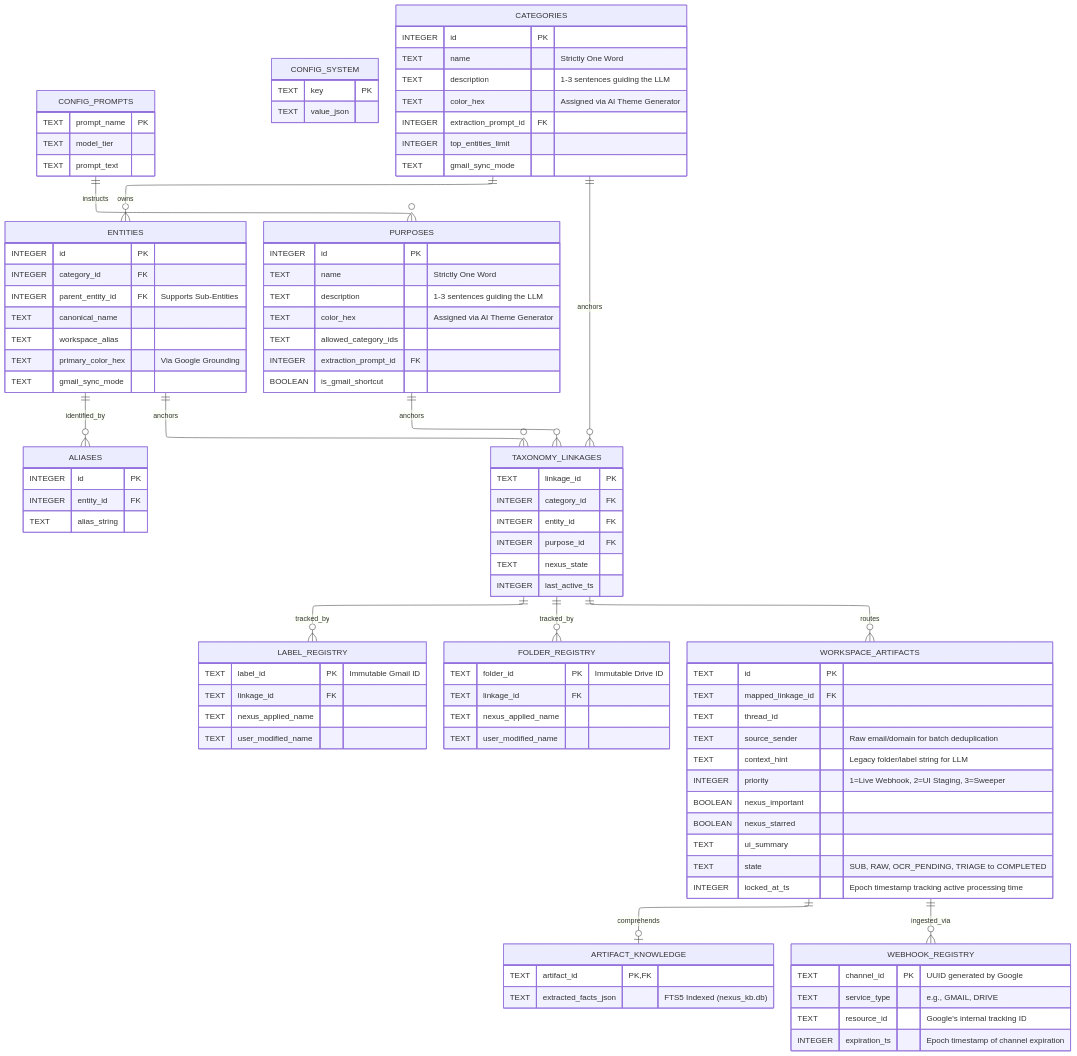
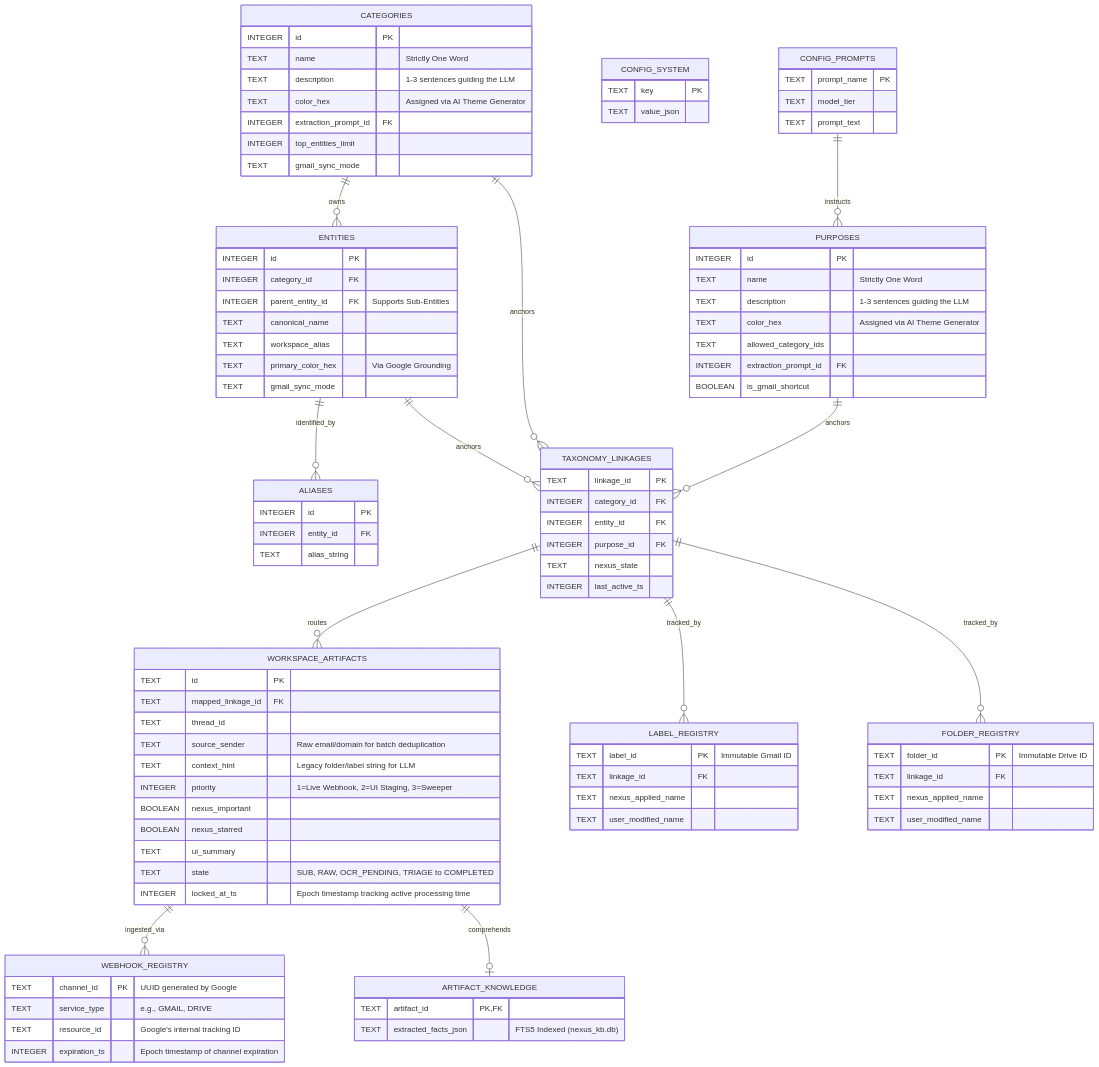
The diagram in arch_docs/02_DATA_ONTOLOGY.md (FrankXLT/Nexus-for-Google), drawn with Mermaid before and after one commit. The commit also changed 1 other file, not shown here.

Commit message:
docs: remove elk layout config from mermaid diagrams
Remove the elk layout configuration directives from Mermaid diagrams in the architecture documentation (resource topology and data ontology). This cleans up malformed diagram definitions, removes duplicated flowchart blocks, and ensures better compatibility with standard Markdown renderers.

````diff
--- a/arch_docs/02_DATA_ONTOLOGY.md
+++ b/arch_docs/02_DATA_ONTOLOGY.md
@@ -29,8 +29,4 @@
 ```mermaid
----
-config:
-  layout: elk
----
 erDiagram
     direction TB
     
````
